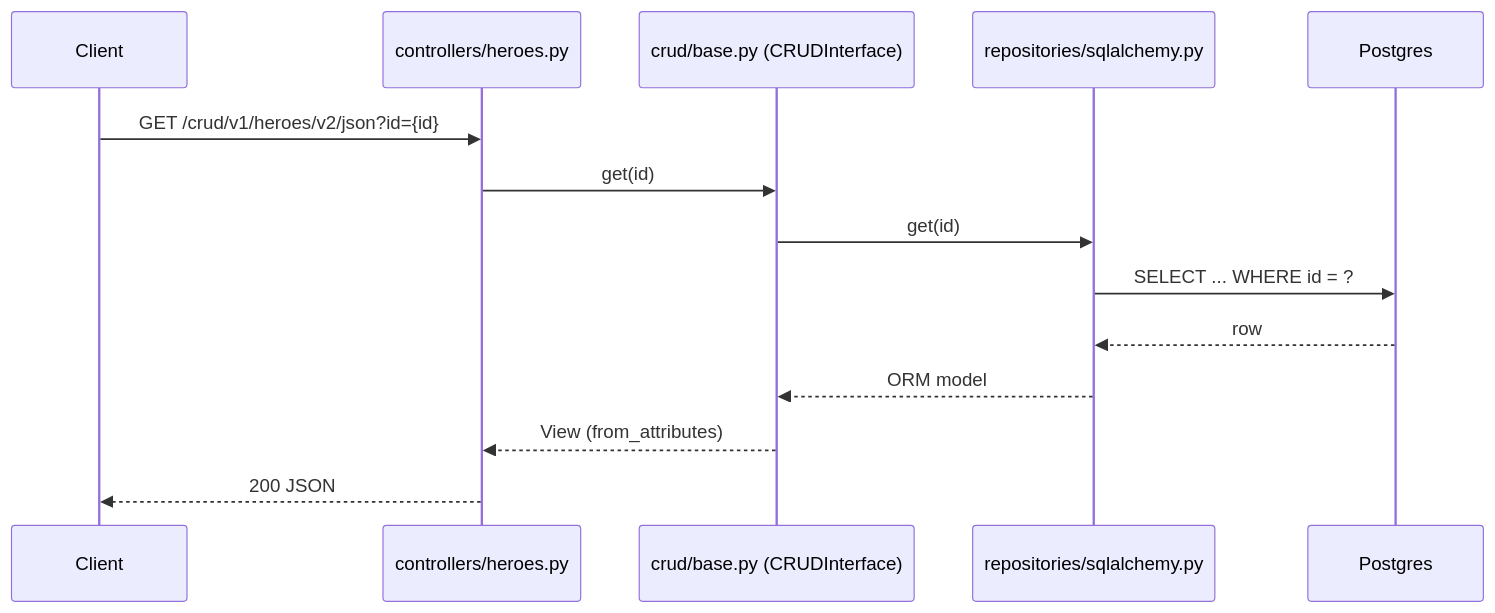
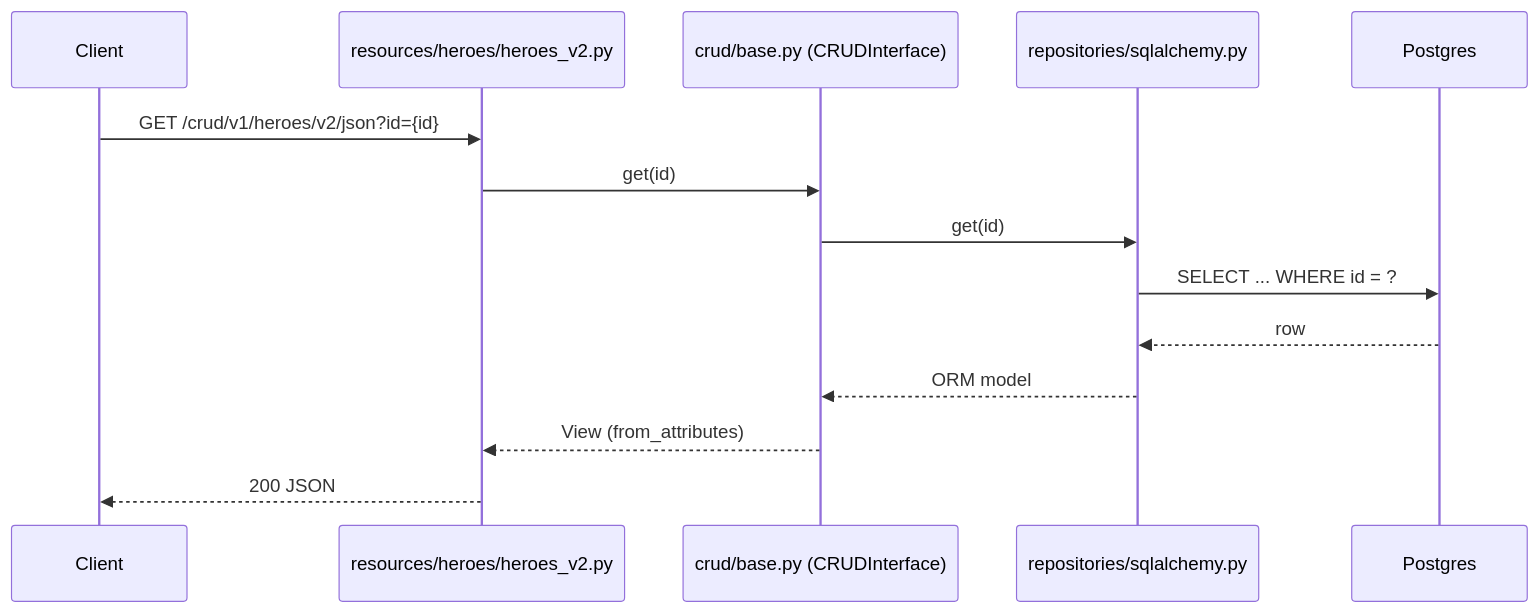
The second of 2 diagrams in src/app/README.md (crazyracer98/template-python), drawn with Mermaid before and after one commit. The commit also changed other lines of this file and 27 other files, not shown here.

````diff
--- a/src/app/README.md
+++ b/src/app/README.md
@@ -279,17 +290,17 @@
 ```mermaid
 sequenceDiagram
     participant Client
-    participant Controller as controllers/heroes.py
+    participant Controller as resources/heroes/heroes_v2.py
     participant CRUD as crud/base.py (CRUDInterface)
     participant Repo as repositories/sqlalchemy.py
     participant DB as Postgres
 
     Client->>Controller: GET /crud/v1/heroes/v2/json?id={id}
     Controller->>CRUD: get(id)
     CRUD->>Repo: get(id)
     Repo->>DB: SELECT ... WHERE id = ?
     DB-->>Repo: row
     Repo-->>CRUD: ORM model
     CRUD-->>Controller: View (from_attributes)
     Controller-->>Client: 200 JSON
 ```
````
